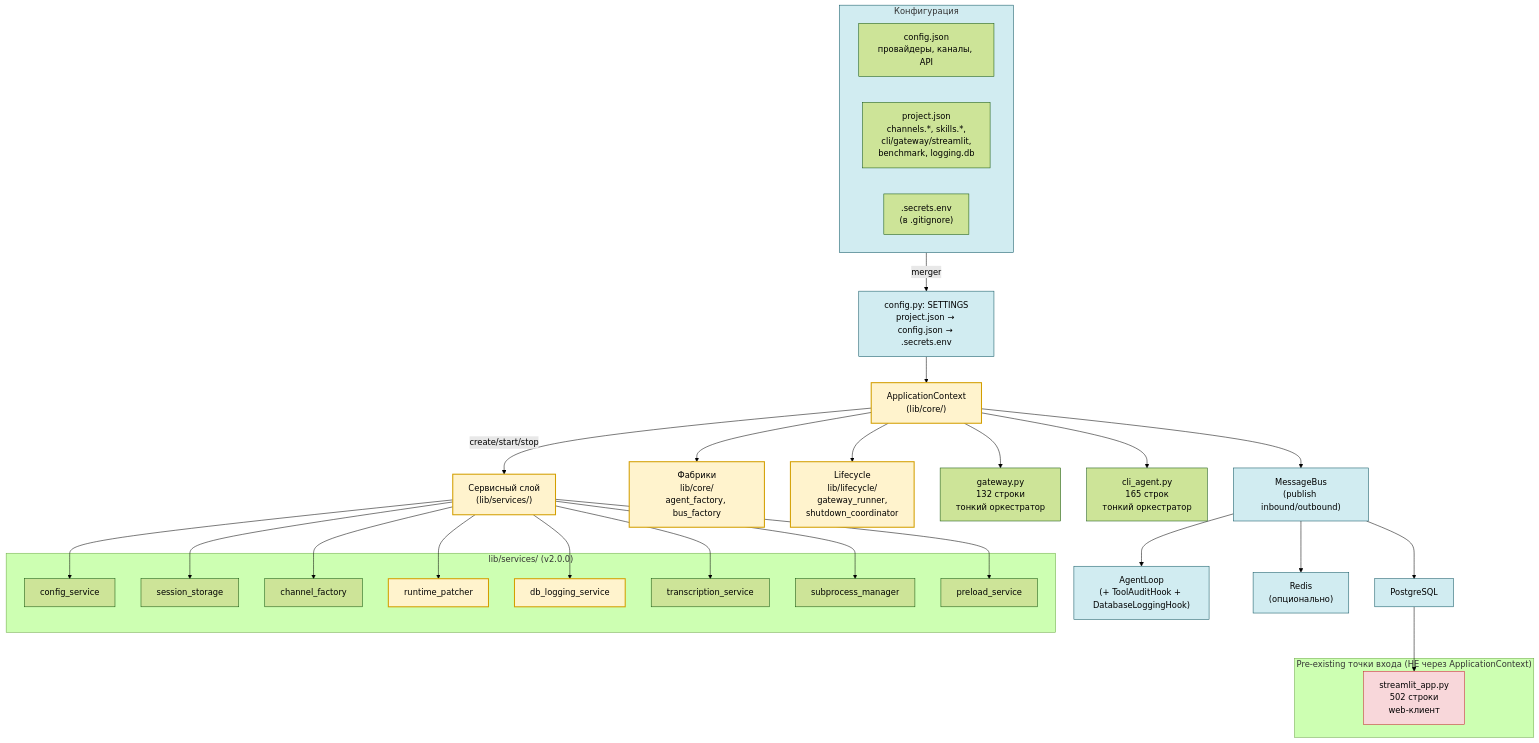
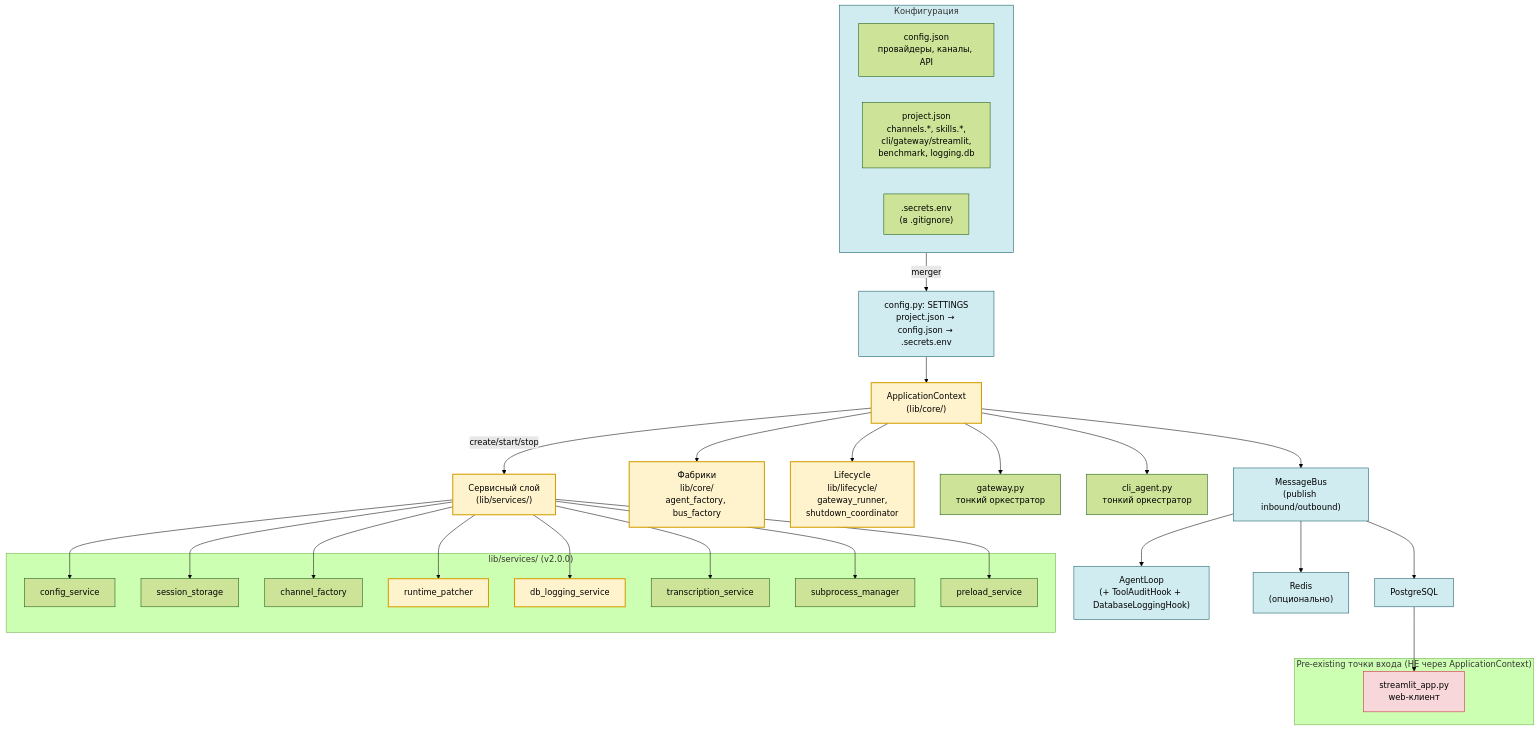
The diagram in README.md (AlexEgorov85/workspaces_nanobot), drawn with Mermaid (forest theme) before and after one commit.

Commit message:
docs(README): убрать счётчики строк из mermaid-диаграммы

````diff
--- a/README.md
+++ b/README.md
@@ -87,64 +87,64 @@
 ```mermaid
 flowchart TB
     %% Конфигурация
     subgraph CFG["Конфигурация"]
         CONFIG["config.json<br/>провайдеры, каналы, API"]
         PROJECT["project.json<br/>channels.*, skills.*,<br/>cli/gateway/streamlit,<br/>benchmark, logging.db"]
         SECRETS[".secrets.env<br/>(в .gitignore)"]
     end
 
     %% SETTINGS
     CFG -->|"merger"| SETTINGS["config.py: SETTINGS<br/>project.json → config.json → .secrets.env"]
 
     %% Bootstrap
     SETTINGS --> CTX["ApplicationContext<br/>(lib/core/)"]
     CTX -->|"create/start/stop"| SVC["Сервисный слой<br/>(lib/services/)"]
     CTX --> CORE["Фабрики<br/>lib/core/<br/>agent_factory, bus_factory"]
     CTX --> LIFE["Lifecycle<br/>lib/lifecycle/<br/>gateway_runner,<br/>shutdown_coordinator"]
 
     %% Сервисы
     subgraph SERVICES["lib/services/ (v2.0.0)"]
         CFG_SVC["config_service"]
         SESS_SVC["session_storage"]
         CHAN_SVC["channel_factory"]
         PATCHER["runtime_patcher"]
         LOG_SVC["db_logging_service"]
         TRANS_SVC["transcription_service"]
         SUB_SVC["subprocess_manager"]
         PRELOAD["preload_service"]
     end
 
     SVC --> CFG_SVC & SESS_SVC & CHAN_SVC & PATCHER & LOG_SVC & TRANS_SVC & SUB_SVC & PRELOAD
 
     %% Точки входа
-    GATEWAY["gateway.py<br/>132 строки<br/>тонкий оркестратор"]
-    CLI["cli_agent.py<br/>165 строк<br/>тонкий оркестратор"]
+    GATEWAY["gateway.py<br/>тонкий оркестратор"]
+    CLI["cli_agent.py<br/>тонкий оркестратор"]
     CTX --> GATEWAY
     CTX --> CLI
 
     %% Шина
     BUS["MessageBus<br/>(publish inbound/outbound)"]
     CTX --> BUS
     BUS --> AGENT["AgentLoop<br/>(+ ToolAuditHook + DatabaseLoggingHook)"]
 
     %% Pre-existing (не через ApplicationContext)
     subgraph LEGACY["Pre-existing точки входа (НЕ через ApplicationContext)"]
-        STREAMLIT["streamlit_app.py<br/>502 строки<br/>web-клиент"]
+        STREAMLIT["streamlit_app.py<br/>web-клиент"]
     end
 
     %% Каналы
     PG["PostgreSQL"]
     REDIS["Redis<br/>(опционально)"]
     BUS --> PG
     BUS --> REDIS
     PG --> STREAMLIT
 
     %% Стили
     classDef v2 fill:#fff3cd,stroke:#d39e00,stroke-width:2px
     classDef legacy fill:#f8d7da,stroke:#c82333
     classDef infra fill:#d1ecf1,stroke:#0c5460
 
     class CTX,CORE,LIFE,SVC,LOG_SVC,PATCHER v2
     class STREAMLIT legacy
     class CFG,SETTINGS,BUS,PG,REDIS,AGENT infra
 ```
````
